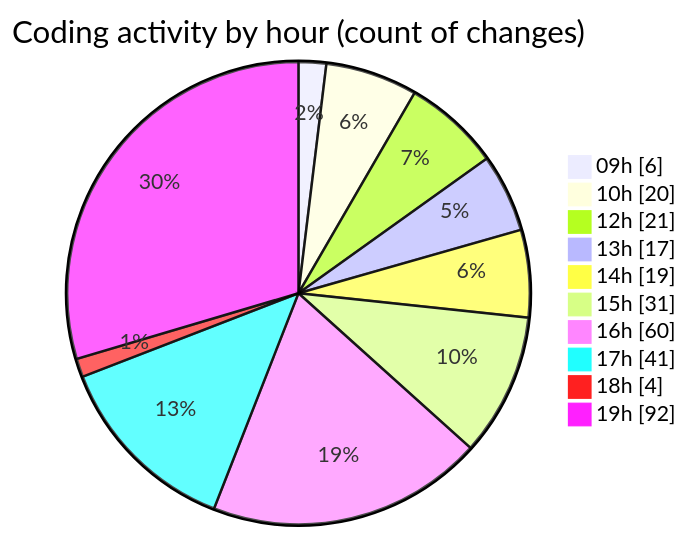
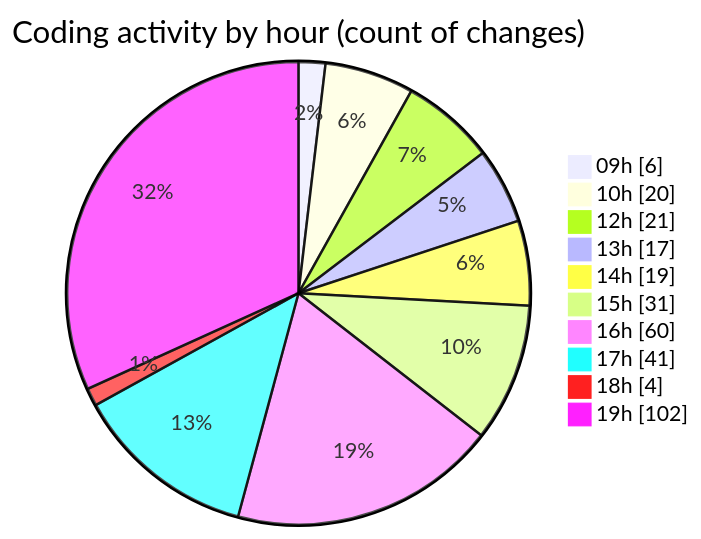
One commit to becaeroporto-bot/code-tracking changed the second of 2 diagrams in 2026-02-18/bot_v1_2/README.md. Above: the diagram before and after it, drawn with Mermaid. The commit also changed other lines of this file and 1 other file, not shown here.

````diff
--- a/2026-02-18/bot_v1_2/README.md
+++ b/2026-02-18/bot_v1_2/README.md
@@ -59,14 +59,14 @@
 ```mermaid
 pie showData
 title Coding activity by hour (count of changes)
 "09h" : 6
 "10h" : 20
 "12h" : 21
 "13h" : 17
 "14h" : 19
 "15h" : 31
 "16h" : 60
 "17h" : 41
 "18h" : 4
-"19h" : 92
+"19h" : 102
 ```
````
